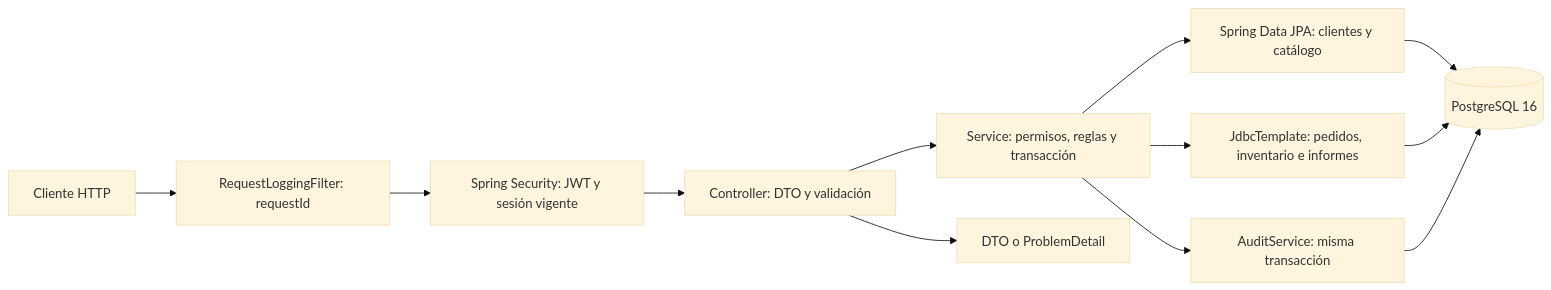
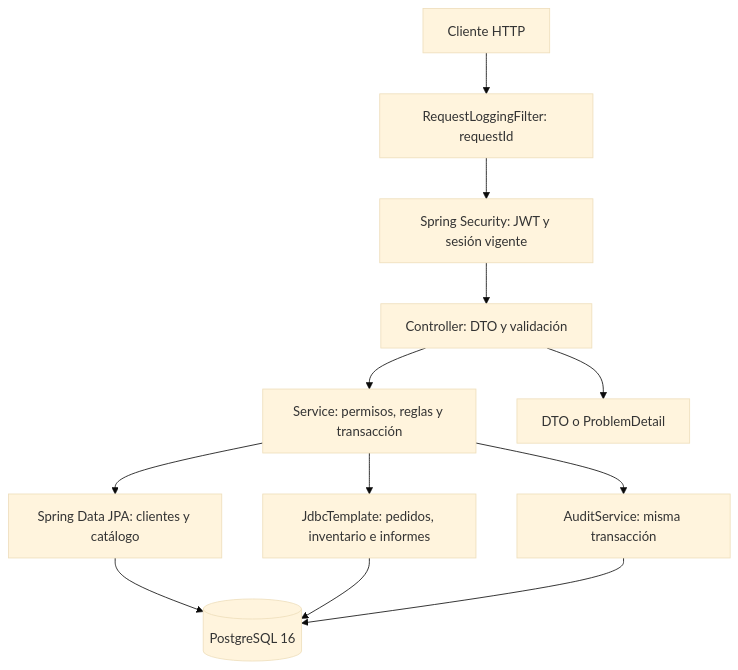
Before and after one commit to Ram-Mendez/36-40k-APP: the second of 2 diagrams in docs/02-ARCHITECTURE.md, drawn with Mermaid (base theme). The commit also changed other lines of this file and 32 other files, not shown here.

````diff
--- a/docs/02-ARCHITECTURE.md
+++ b/docs/02-ARCHITECTURE.md
@@ -5,14 +15,14 @@
 ```mermaid
-flowchart LR
+flowchart TD
     Client[Cliente HTTP] --> Log[RequestLoggingFilter: requestId]
     Log --> Security[Spring Security: JWT y sesión vigente]
     Security --> MVC[Controller: DTO y validación]
     MVC --> Service[Service: permisos, reglas y transacción]
     Service --> JPA[Spring Data JPA: clientes y catálogo]
     Service --> JDBC[JdbcTemplate: pedidos, inventario e informes]
     JPA --> PG[(PostgreSQL 16)]
     JDBC --> PG
     Service --> Audit[AuditService: misma transacción]
     Audit --> PG
     MVC --> Result[DTO o ProblemDetail]
 ```
````
